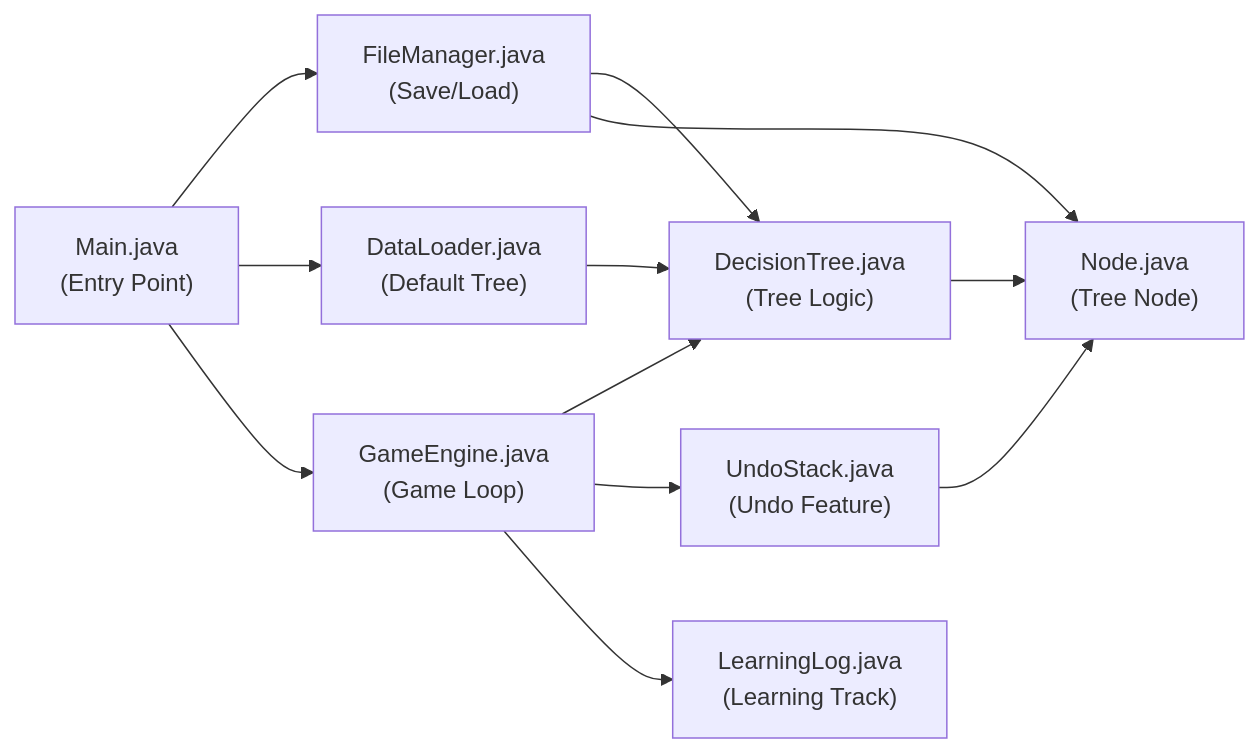
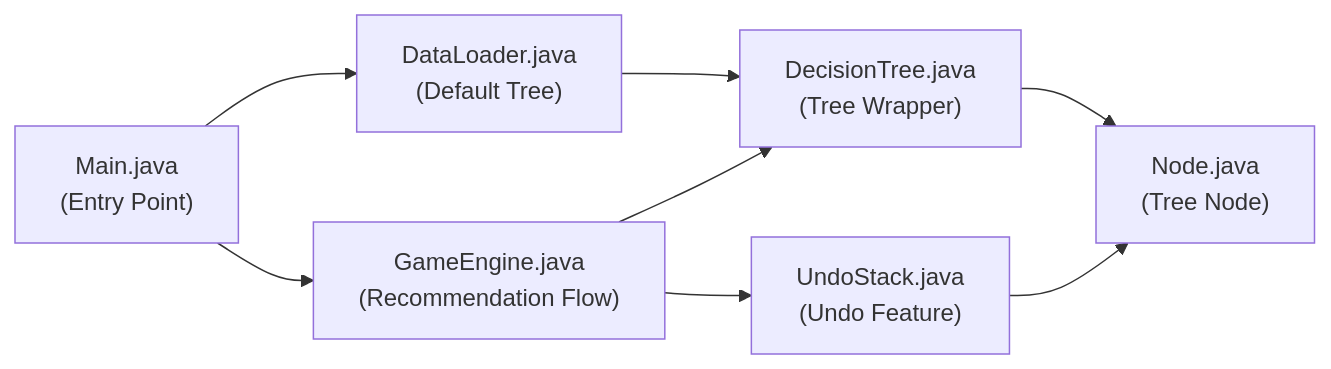
Before and after one commit to mojojojxyz/Project: the second of 2 diagrams in walkthrough.md, drawn with Mermaid. The commit also changed other lines of this file and 15 other files, not shown here.

Commit message:
refactor: simplify GameEngine into a single-round career recommendation flow and remove learning features

````diff
--- a/walkthrough.md
+++ b/walkthrough.md
@@ -377,17 +326,13 @@
 ```mermaid
 graph LR
-    Main["Main.java<br/>(Entry Point)"] --> FM["FileManager.java<br/>(Save/Load)"]
-    Main --> DL["DataLoader.java<br/>(Default Tree)"]
-    Main --> GE["GameEngine.java<br/>(Game Loop)"]
+    Main["Main.java<br/>(Entry Point)"] --> DL["DataLoader.java<br/>(Default Tree)"]
+    Main --> GE["GameEngine.java<br/>(Recommendation Flow)"]
     
-    FM --> DT["DecisionTree.java<br/>(Tree Logic)"]
-    DL --> DT
+    DL --> DT["DecisionTree.java<br/>(Tree Wrapper)"]
     GE --> DT
     
     GE --> US["UndoStack.java<br/>(Undo Feature)"]
-    GE --> LL["LearningLog.java<br/>(Learning Track)"]
     
     DT --> N["Node.java<br/>(Tree Node)"]
     US --> N
-    FM --> N
 ```
````
